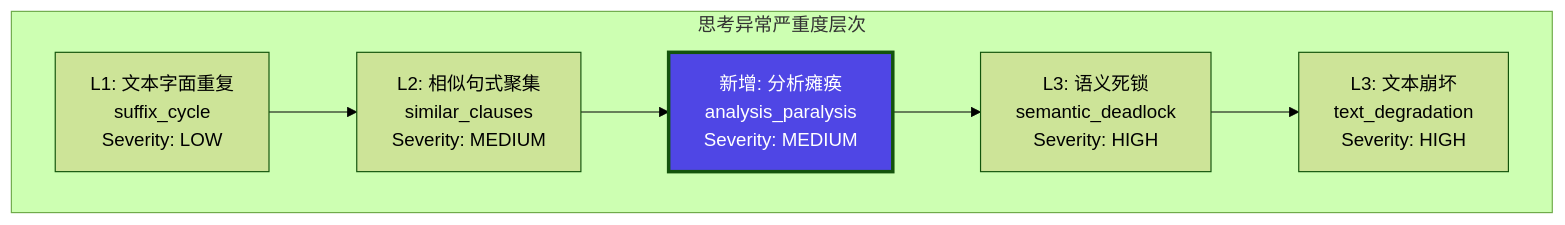
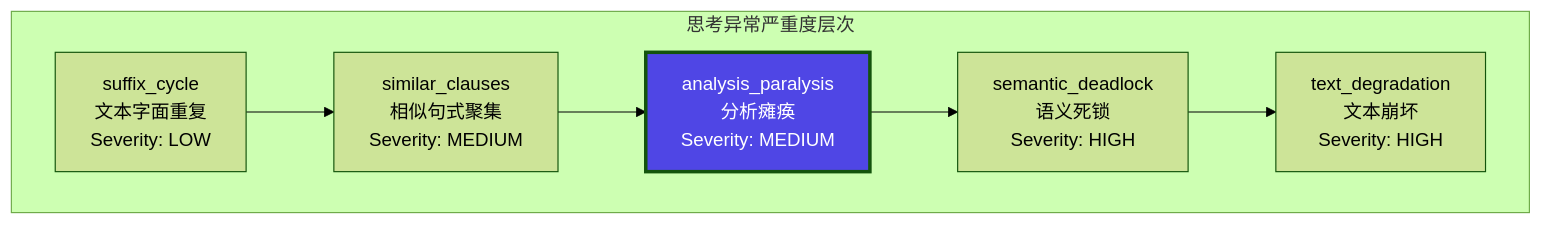
The sixth of 9 diagrams in docs/agent-ras/designs/features/analysis-paralysis.md (openeuler-mirror/agent-insight), drawn with Mermaid (forest theme) before and after one commit. The commit also changed other lines of this file and 9 other files, not shown here.

First line of the commit message:
feat(ras): 新增 analysis_paralysis 滑动窗口触发词计数门控检测器

````diff
--- a/docs/agent-ras/designs/features/analysis-paralysis.md
+++ b/docs/agent-ras/designs/features/analysis-paralysis.md
@@ -265,11 +296,11 @@
 ```mermaid
 flowchart TD
     subgraph 思考异常严重度层次
-        L_LOW[L1: 文本字面重复<br/>suffix_cycle<br/>Severity: LOW] --> L_MED[L2: 相似句式聚集<br/>similar_clauses<br/>Severity: MEDIUM]
-        L_MED --> L_AP[新增: 分析瘫痪<br/>analysis_paralysis<br/>Severity: MEDIUM]
-        L_AP --> L_HIGH[L3: 语义死锁<br/>semantic_deadlock<br/>Severity: HIGH]
-        L_HIGH --> L_CRIT[L3: 文本崩坏<br/>text_degradation<br/>Severity: HIGH]
+        LOW["suffix_cycle<br/>文本字面重复<br/>Severity: LOW"] --> MED1["similar_clauses<br/>相似句式聚集<br/>Severity: MEDIUM"]
+        MED1 --> MED2["analysis_paralysis<br/>分析瘫痪<br/>Severity: MEDIUM"]
+        MED2 --> HIGH1["semantic_deadlock<br/>语义死锁<br/>Severity: HIGH"]
+        HIGH1 --> HIGH2["text_degradation<br/>文本崩坏<br/>Severity: HIGH"]
     end
-    
-    style L_AP fill:#4f46e5,color:#fff,stroke-width:3px
+
+    style MED2 fill:#4f46e5,color:#fff,stroke-width:3px
 ```
````
